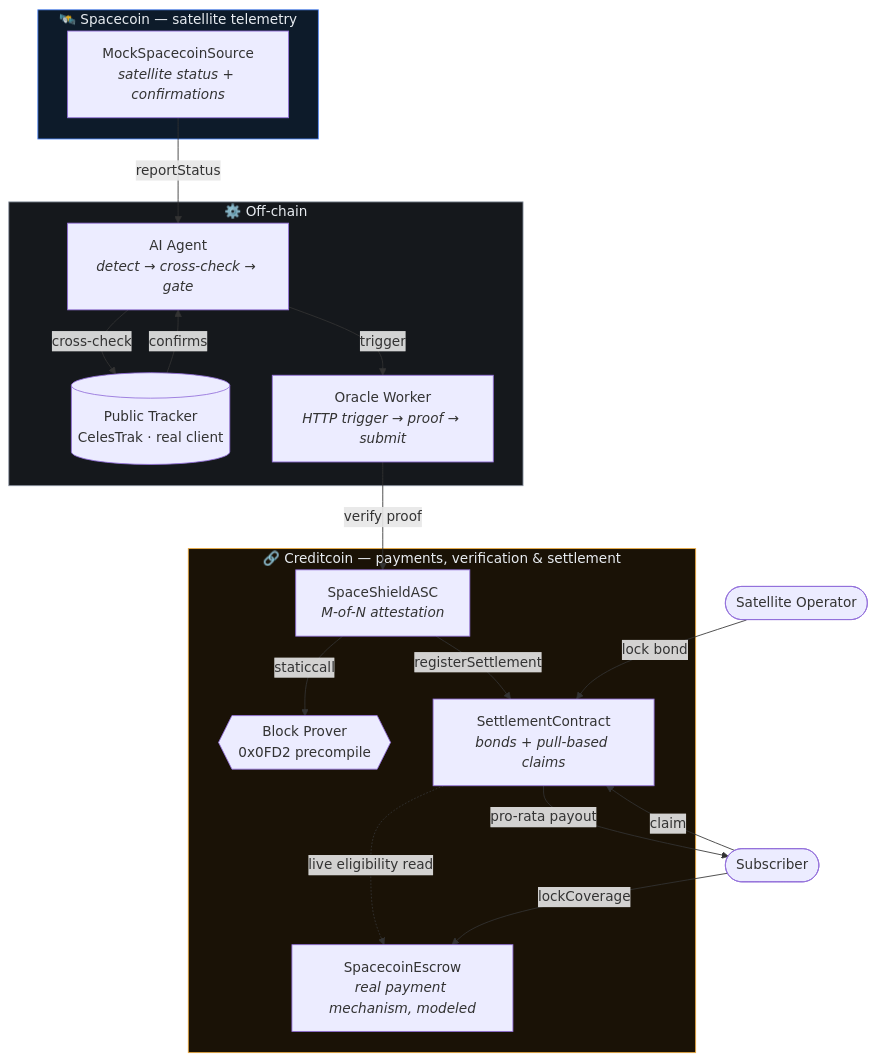
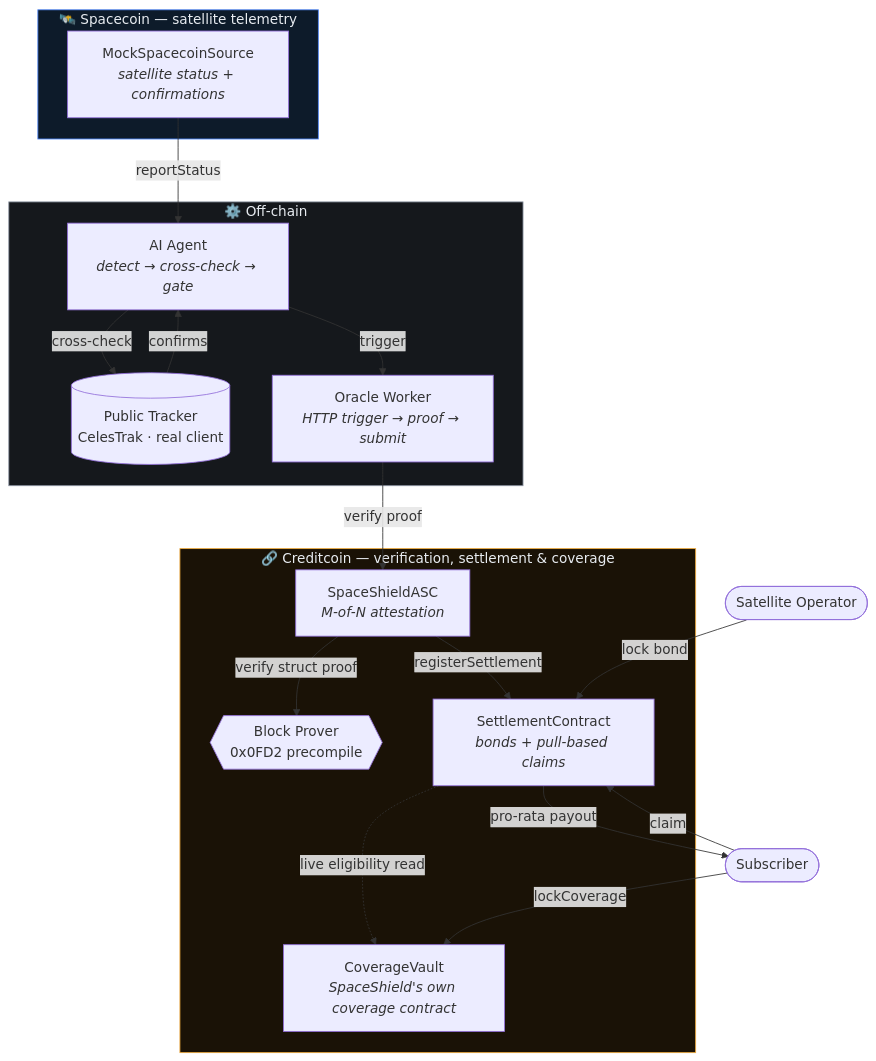
Before and after one commit to midexol/SpaceShield: the second of 2 diagrams in README.md, drawn with Mermaid. The commit also changed other lines of this file and 38 other files, not shown here.

````diff
--- a/README.md
+++ b/README.md
@@ -80,39 +80,39 @@
 ```mermaid
 graph TB
     subgraph SPACECOIN["🛰️ Spacecoin — satellite telemetry"]
         SRC["MockSpacecoinSource<br/><i>satellite status + confirmations</i>"]
     end
 
     subgraph OFFCHAIN["⚙️ Off-chain"]
         AGENT["AI Agent<br/><i>detect → cross-check → gate</i>"]
         TRACK[("Public Tracker<br/>CelesTrak · real client")]
         WORKER["Oracle Worker<br/><i>HTTP trigger → proof → submit</i>"]
     end
 
-    subgraph CREDITCOIN["🔗 Creditcoin — payments, verification & settlement"]
-        ESC["SpacecoinEscrow<br/><i>real payment mechanism, modeled</i>"]
+    subgraph CREDITCOIN["🔗 Creditcoin — verification, settlement & coverage"]
+        CV["CoverageVault<br/><i>SpaceShield's own coverage contract</i>"]
         ASC["SpaceShieldASC<br/><i>M-of-N attestation</i>"]
         PROVER{{"Block Prover<br/>0x0FD2 precompile"}}
         SETTLE["SettlementContract<br/><i>bonds + pull-based claims</i>"]
     end
 
     USER(["Subscriber"])
     OPERATOR(["Satellite Operator"])
 
     SRC -->|reportStatus| AGENT
     AGENT -->|cross-check| TRACK
     TRACK -->|confirms| AGENT
     AGENT -->|trigger| WORKER
     WORKER -->|verify proof| ASC
-    ASC -->|staticcall| PROVER
+    ASC -->|verify struct proof| PROVER
     ASC -->|registerSettlement| SETTLE
-    SETTLE -.->|live eligibility read| ESC
-    USER -->|lockCoverage| ESC
+    SETTLE -.->|live eligibility read| CV
+    USER -->|lockCoverage| CV
     OPERATOR -->|lock bond| SETTLE
     USER -->|claim| SETTLE
     SETTLE -->|pro-rata payout| USER
 
     style SPACECOIN fill:#0d1b2a,stroke:#4f86f7,color:#e8ecf1
     style CREDITCOIN fill:#1a1206,stroke:#f0ab3d,color:#e8ecf1
     style OFFCHAIN fill:#15181c,stroke:#8d95a3,color:#e8ecf1
 ```
````
